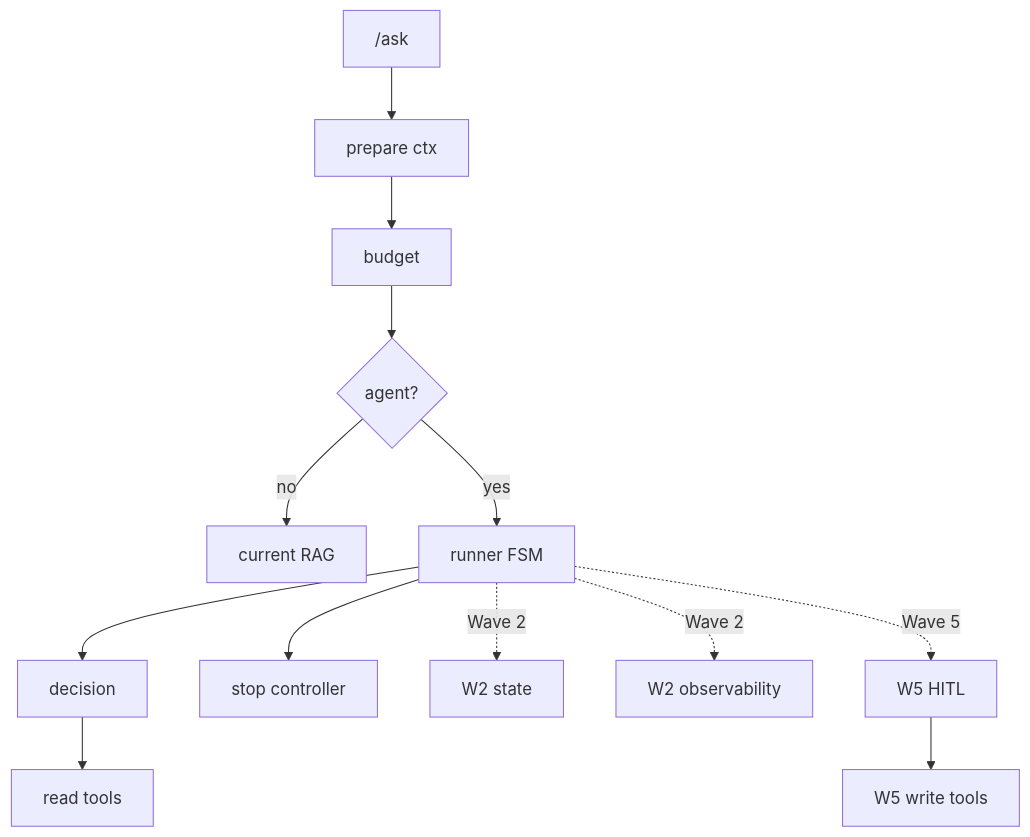
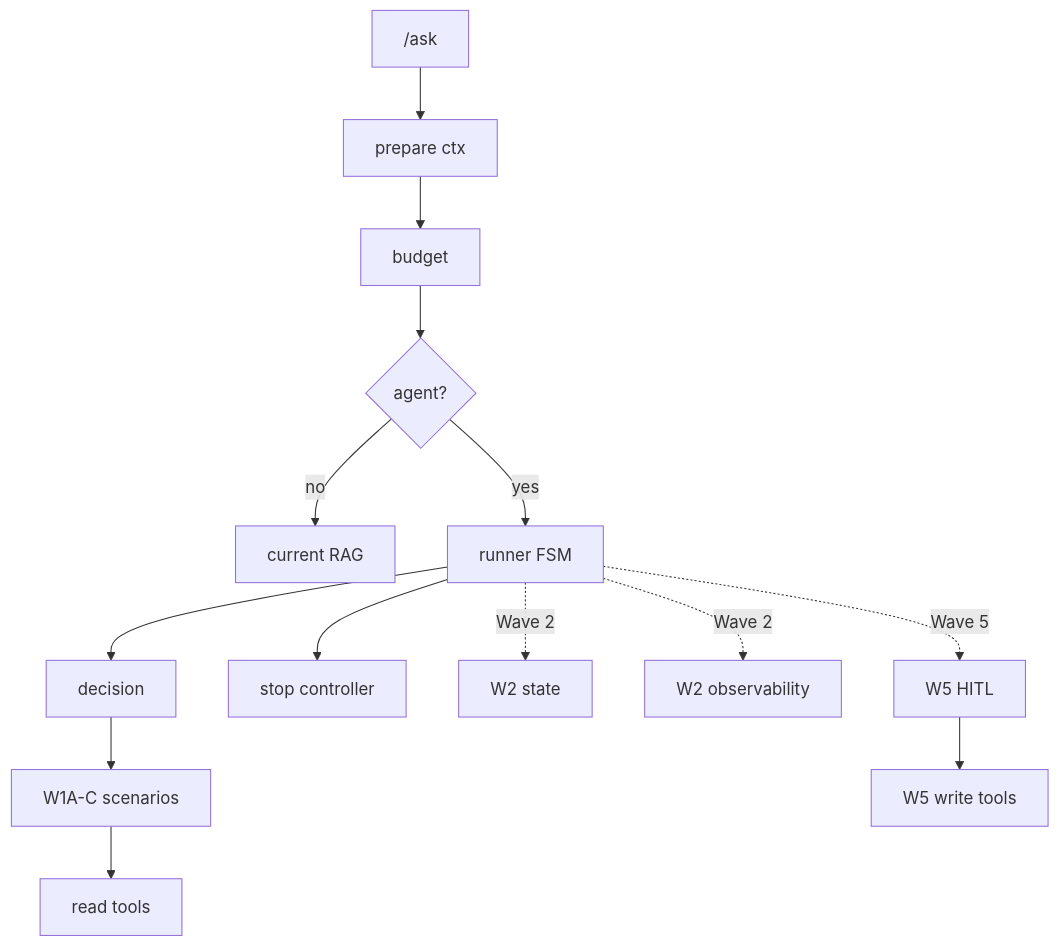
The tenth of 11 diagrams in docs/diagrams.md (ktolmachov/hometutor), drawn with Mermaid before and after one commit. The commit also changed other lines of this file and 2 other files, not shown here.

````diff
--- a/docs/diagrams.md
+++ b/docs/diagrams.md
@@ -614,24 +614,25 @@
 ```mermaid
 flowchart TB
     ask["/ask"]
     prep["prepare ctx"]
     budget["budget"]
     branch{"agent?"}
     main["current RAG"]
     runner["runner FSM"]
     decision["decision"]
+    scenarios["W1A-C scenarios"]
     tools["read tools"]
     stop["stop controller"]
     state["W2 state"]
     obs["W2 observability"]
     hitl["W5 HITL"]
     write["W5 write tools"]
     ask --> prep --> budget --> branch
     branch -- no --> main
     branch -- yes --> runner
-    runner --> decision --> tools
+    runner --> decision --> scenarios --> tools
     runner --> stop
     runner -. Wave 2 .-> state
     runner -. Wave 2 .-> obs
     runner -. Wave 5 .-> hitl --> write
 ```
````
